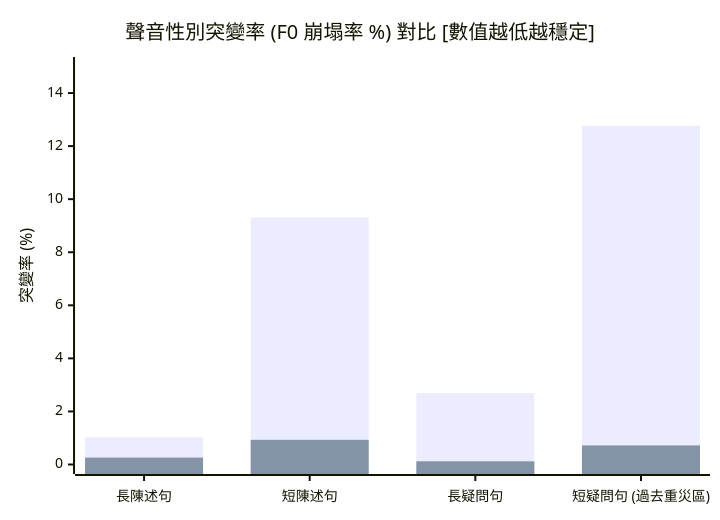
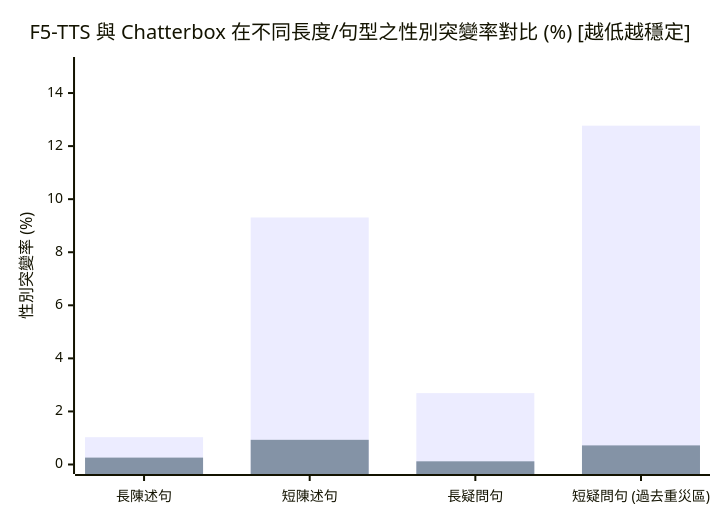
One commit to Voxmosa/Formosan-AI-Reports changed the fourth of 5 diagrams in reports/2026-10-20/tts_simplified_report.md. Above: the diagram before and after it, drawn with Mermaid. The commit also changed other lines of this file and 2 other files, not shown here.

Commit message:
docs(tts-report): update titles and content to emphasize 3 key highlights in Chatterbox TTS

````diff
--- a/reports/2026-10-20/tts_simplified_report.md
+++ b/reports/2026-10-20/tts_simplified_report.md
@@ -156,8 +143,8 @@
 ```mermaid
 xychart-beta
-    title "聲音性別突變率 (F0 崩塌率 %) 對比 [數值越低越穩定]"
+    title "F5-TTS 與 Chatterbox 在不同長度/句型之性別突變率對比 (%) [越低越穩定]"
     x-axis ["長陳述句", "短陳述句", "長疑問句", "短疑問句 (過去重災區)"]
-    y-axis "突變率 (%)" 0 --> 15
+    y-axis "性別突變率 (%)" 0 --> 15
     bar [1.03, 9.31, 2.69, 12.77]
     bar [0.26, 0.93, 0.12, 0.72]
 ```
````
